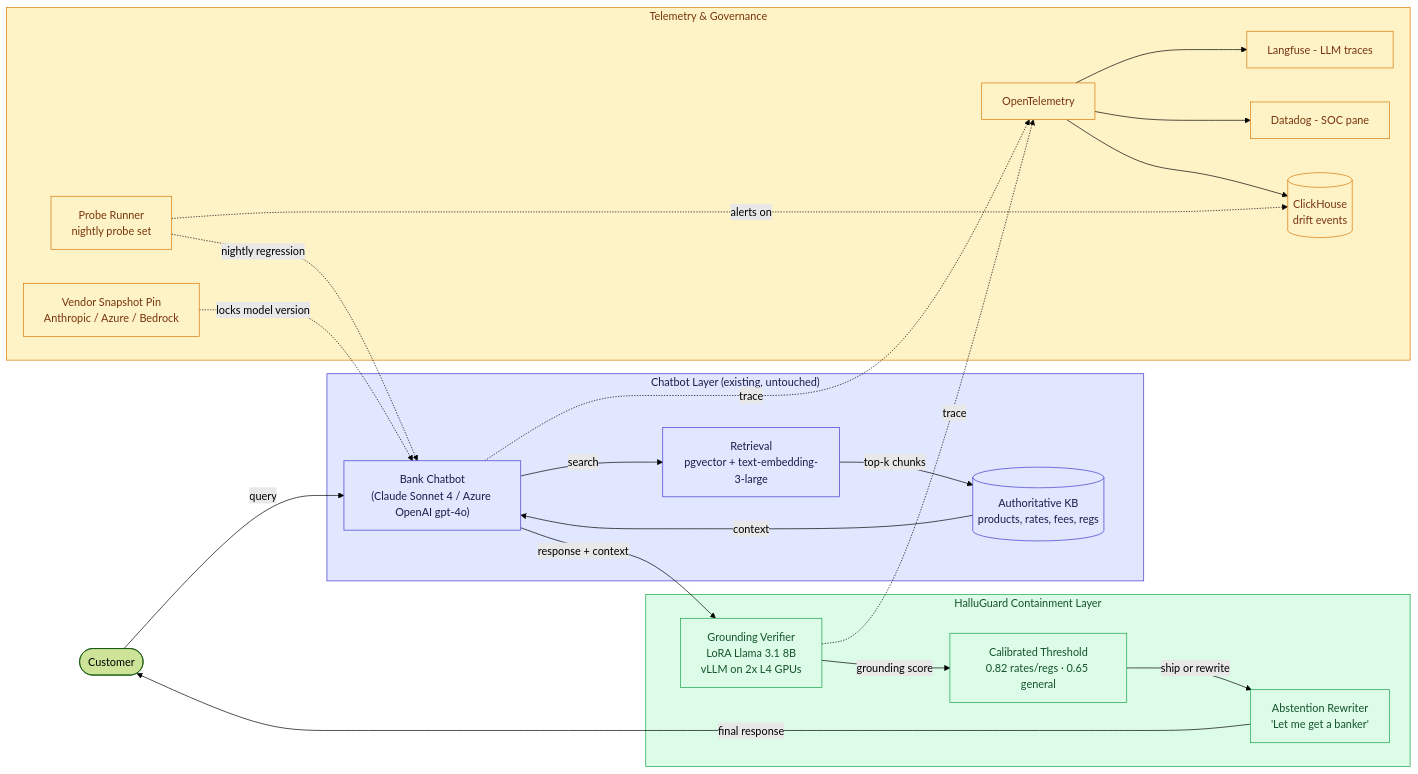
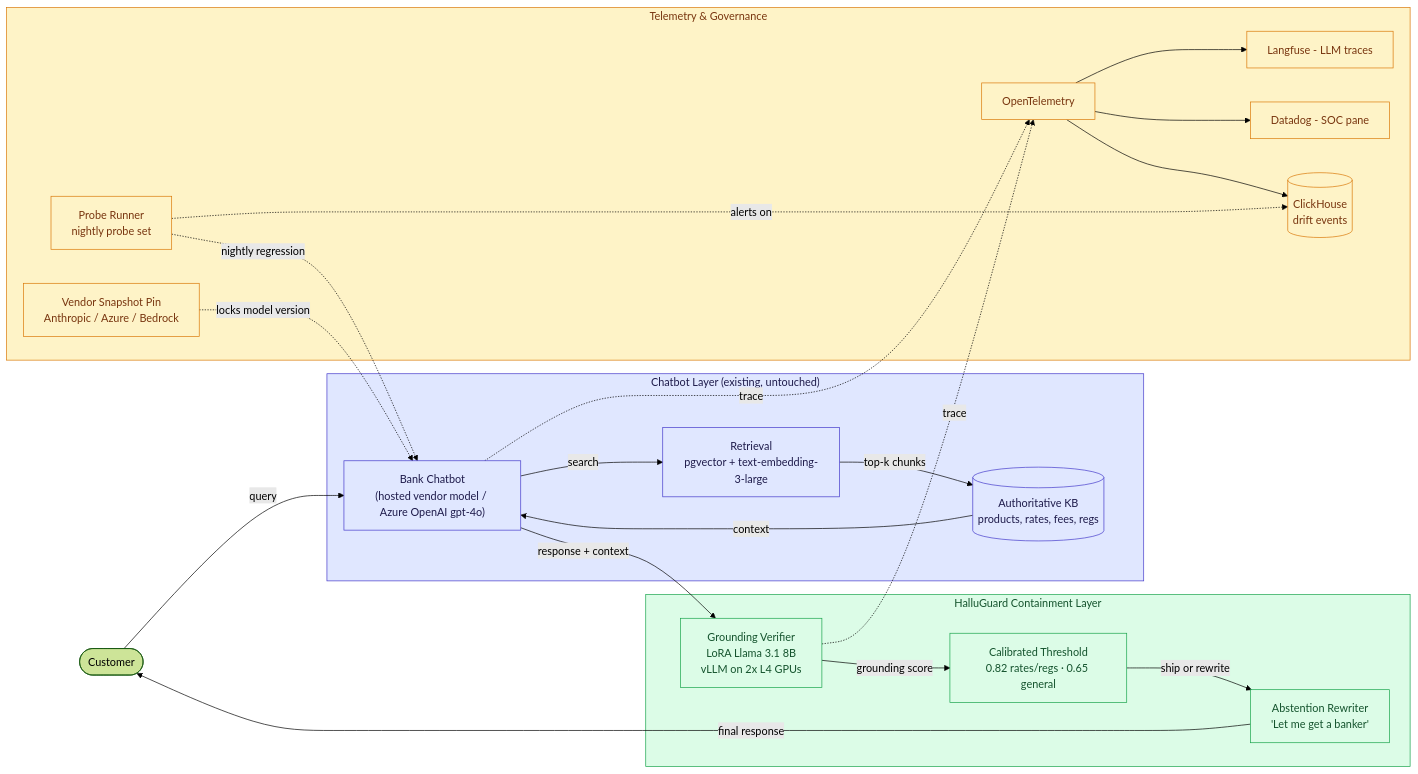
The first of 3 diagrams in 01-halluguard-bank-chatbot-safety/README.md (Vj-shipped-anyway/ai-pm-portfolio), drawn with Mermaid (forest theme) before and after one commit. The commit also changed other lines of this file and 6 other files, not shown here.

First line of the commit message:
HalluGuard (bank chatbot safety): replace the named model labels with neutral ones

````diff
--- a/01-halluguard-bank-chatbot-safety/README.md
+++ b/01-halluguard-bank-chatbot-safety/README.md
@@ -459,50 +459,50 @@
 ```mermaid
 flowchart LR
     USER([Customer])
 
     subgraph CHATBOT_LAYER["Chatbot Layer (existing, untouched)"]
-        BOT["Bank Chatbot<br/>(Claude Sonnet 4 / Azure OpenAI gpt-4o)"]
+        BOT["Bank Chatbot<br/>(hosted vendor model / Azure OpenAI gpt-4o)"]
         RAG["Retrieval<br/>pgvector + text-embedding-3-large"]
         KB[("Authoritative KB<br/>products, rates, fees, regs")]
     end
 
     subgraph HALLUGUARD["HalluGuard Containment Layer"]
         VERIFIER["Grounding Verifier<br/>LoRA Llama 3.1 8B<br/>vLLM on 2x L4 GPUs"]
         CAL["Calibrated Threshold<br/>0.82 rates/regs · 0.65 general"]
         ABSTAIN["Abstention Rewriter<br/>'Let me get a banker'"]
     end
 
     subgraph TELEMETRY["Telemetry & Governance"]
         OTEL[OpenTelemetry]
         LF[Langfuse - LLM traces]
         DD[Datadog - SOC pane]
         CH[(ClickHouse<br/>drift events)]
         PROBE["Probe Runner<br/>nightly probe set"]
         VPIN["Vendor Snapshot Pin<br/>Anthropic / Azure / Bedrock"]
     end
 
     USER -->|query| BOT
     BOT -->|search| RAG
     RAG -->|top-k chunks| KB
     KB -->|context| BOT
     BOT -->|response + context| VERIFIER
     VERIFIER -->|grounding score| CAL
     CAL -->|ship or rewrite| ABSTAIN
     ABSTAIN -->|final response| USER
 
     BOT -.->|trace| OTEL
     VERIFIER -.->|trace| OTEL
     OTEL --> LF
     OTEL --> DD
     OTEL --> CH
     PROBE -.->|nightly regression| BOT
     VPIN -.->|locks model version| BOT
     PROBE -.->|alerts on| CH
 
     classDef existing fill:#e0e7ff,stroke:#4338ca,color:#1e1b4b
     classDef new fill:#dcfce7,stroke:#16a34a,color:#14532d
     classDef tel fill:#fef3c7,stroke:#d97706,color:#78350f
     class CHATBOT_LAYER,BOT,RAG,KB existing
     class HALLUGUARD,VERIFIER,CAL,ABSTAIN new
     class TELEMETRY,OTEL,LF,DD,CH,PROBE,VPIN tel
 ```
````
